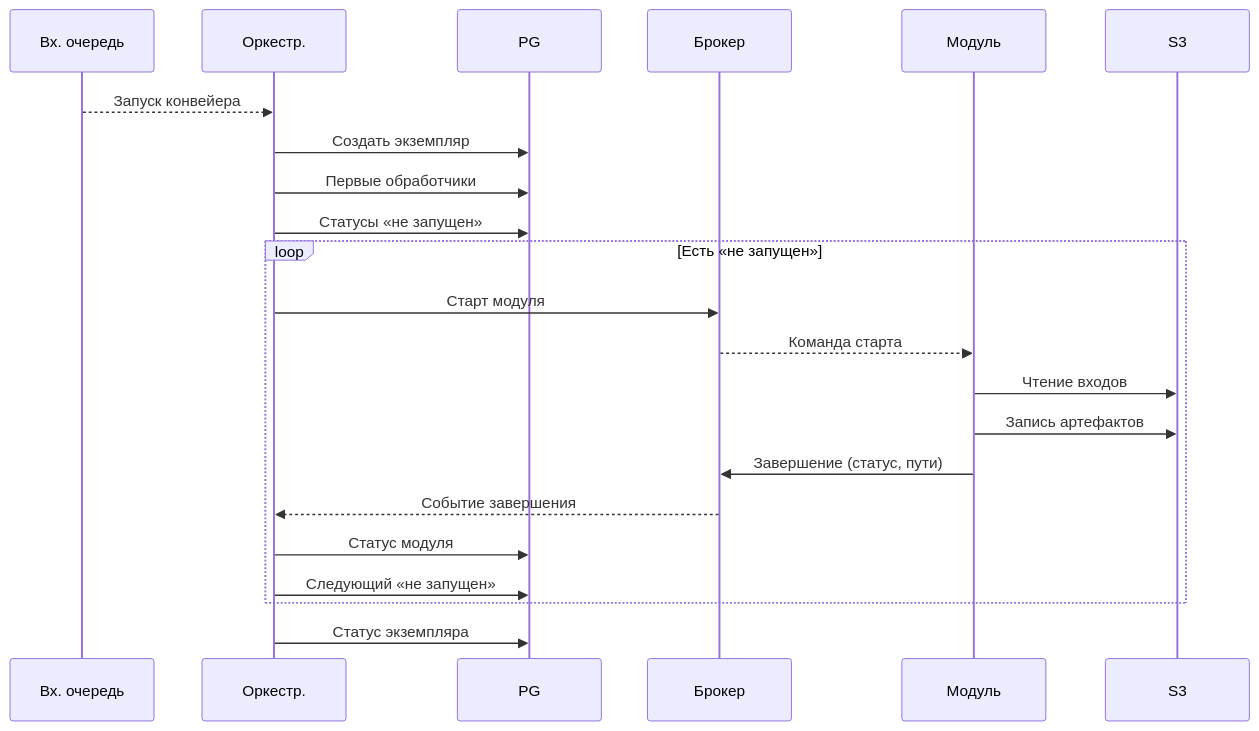
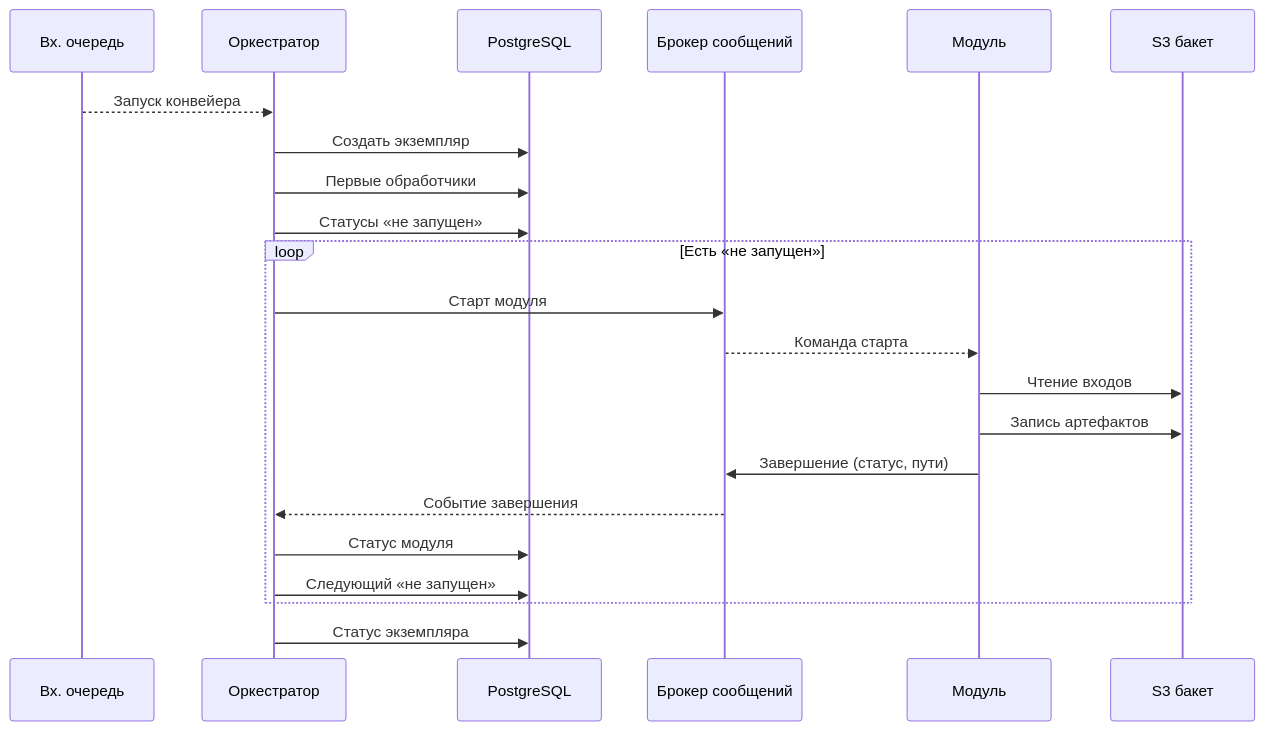
Before and after one commit to Trump68/infra: diagram 12 of 19 in TZ/1.Пояснительная записка к техническому проекту.md, drawn with Mermaid. The commit also changed other lines of this file, not shown here.

````diff
--- a/TZ/1.Пояснительная записка к техническому проекту.md
+++ b/TZ/1.Пояснительная записка к техническому проекту.md
@@ -1641,26 +1646,26 @@
 ```mermaid
 %%{init: {"sequence": {"actorMargin": 48, "messageMargin": 32, "boxMargin": 8}}}%%
 sequenceDiagram
   participant Q as Вх. очередь
-  participant O as Оркестр.
-  participant DB as PG
-  participant MQ as Брокер
+  participant O as Оркестратор
+  participant DB as PostgreSQL
+  participant MQ as Брокер сообщений
   participant M as Модуль
-  participant S3 as S3
+  participant S3 as S3 бакет
 
   Q-->>O: Запуск конвейера
   O->>DB: Создать экземпляр
   O->>DB: Первые обработчики
   O->>DB: Статусы «не запущен»
   loop Есть «не запущен»
     O->>MQ: Старт модуля
     MQ-->>M: Команда старта
     M->>S3: Чтение входов
     M->>S3: Запись артефактов
     M->>MQ: Завершение (статус, пути)
     MQ-->>O: Событие завершения
     O->>DB: Статус модуля
     O->>DB: Следующий «не запущен»
   end
   O->>DB: Статус экземпляра
 ```
````
